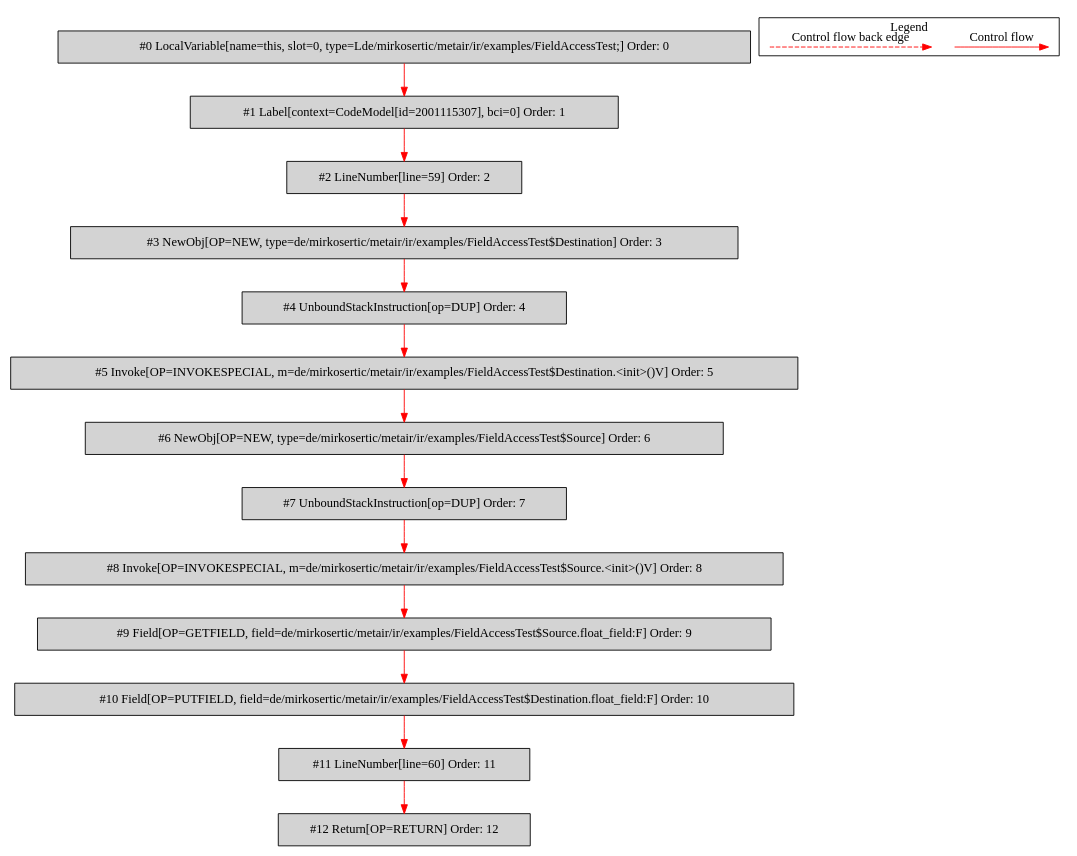
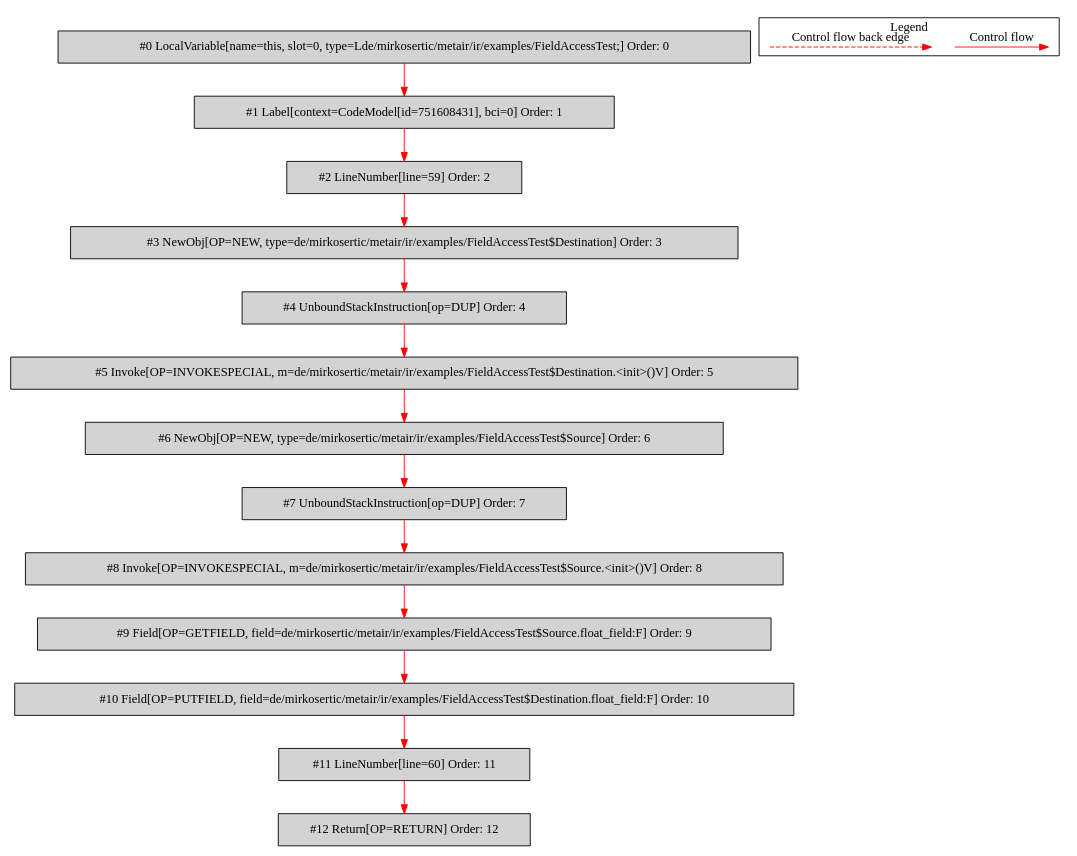
Before and after one commit to mirkosertic/MetaIR: the diagram in de.mirkosertic.metair.ir.examples.FieldAccessTest/copy_float/bytecodecfg.dot, drawn with Graphviz. The commit also changed 1282 other files, not shown here.

```diff
--- a/de.mirkosertic.metair.ir.examples.FieldAccessTest/copy_float/bytecodecfg.dot
+++ b/de.mirkosertic.metair.ir.examples.FieldAccessTest/copy_float/bytecodecfg.dot
@@ -1,42 +1,42 @@
 digraph {
  ordering="in";
  node0[label="#0 LocalVariable[name=this, slot=0, type=Lde/mirkosertic/metair/ir/examples/FieldAccessTest;] Order: 0", shape=box, fillcolor=lightgrey, style=filled];
- node1[label="#1 Label[context=CodeModel[id=2001115307], bci=0] Order: 1", shape=box, fillcolor=lightgrey, style=filled];
+ node1[label="#1 Label[context=CodeModel[id=751608431], bci=0] Order: 1", shape=box, fillcolor=lightgrey, style=filled];
  node2[label="#2 LineNumber[line=59] Order: 2", shape=box, fillcolor=lightgrey, style=filled];
  node3[label="#3 NewObj[OP=NEW, type=de/mirkosertic/metair/ir/examples/FieldAccessTest$Destination] Order: 3", shape=box, fillcolor=lightgrey, style=filled];
  node4[label="#4 UnboundStackInstruction[op=DUP] Order: 4", shape=box, fillcolor=lightgrey, style=filled];
  node5[label="#5 Invoke[OP=INVOKESPECIAL, m=de/mirkosertic/metair/ir/examples/FieldAccessTest$Destination.<init>()V] Order: 5", shape=box, fillcolor=lightgrey, style=filled];
  node6[label="#6 NewObj[OP=NEW, type=de/mirkosertic/metair/ir/examples/FieldAccessTest$Source] Order: 6", shape=box, fillcolor=lightgrey, style=filled];
  node7[label="#7 UnboundStackInstruction[op=DUP] Order: 7", shape=box, fillcolor=lightgrey, style=filled];
  node8[label="#8 Invoke[OP=INVOKESPECIAL, m=de/mirkosertic/metair/ir/examples/FieldAccessTest$Source.<init>()V] Order: 8", shape=box, fillcolor=lightgrey, style=filled];
  node9[label="#9 Field[OP=GETFIELD, field=de/mirkosertic/metair/ir/examples/FieldAccessTest$Source.float_field:F] Order: 9", shape=box, fillcolor=lightgrey, style=filled];
  node10[label="#10 Field[OP=PUTFIELD, field=de/mirkosertic/metair/ir/examples/FieldAccessTest$Destination.float_field:F] Order: 10", shape=box, fillcolor=lightgrey, style=filled];
  node11[label="#11 LineNumber[line=60] Order: 11", shape=box, fillcolor=lightgrey, style=filled];
  node12[label="#12 Return[OP=RETURN] Order: 12", shape=box, fillcolor=lightgrey, style=filled];
  node0 -> node1[color=red];
  node1 -> node2[color=red];
  node2 -> node3[color=red];
  node3 -> node4[color=red];
  node4 -> node5[color=red];
  node5 -> node6[color=red];
  node6 -> node7[color=red];
  node7 -> node8[color=red];
  node8 -> node9[color=red];
  node9 -> node10[color=red];
  node10 -> node11[color=red];
  node11 -> node12[color=red];
  subgraph cluster_000 {
   label = "Legend";
   node [shape=point]
   {
    rank=same;
    c0 [style = invis];
    c1 [style = invis];
    c2 [style = invis];
    c3 [style = invis];
   }
   c0 -> c1 [label="Control flow", style=solid, color=red]
   c2 -> c3 [label="Control flow back edge", style=dashed, color=red]
  }
 
 }
```
